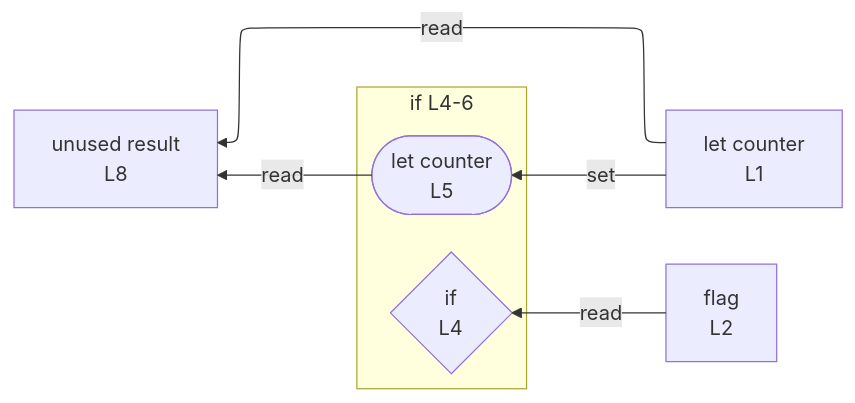
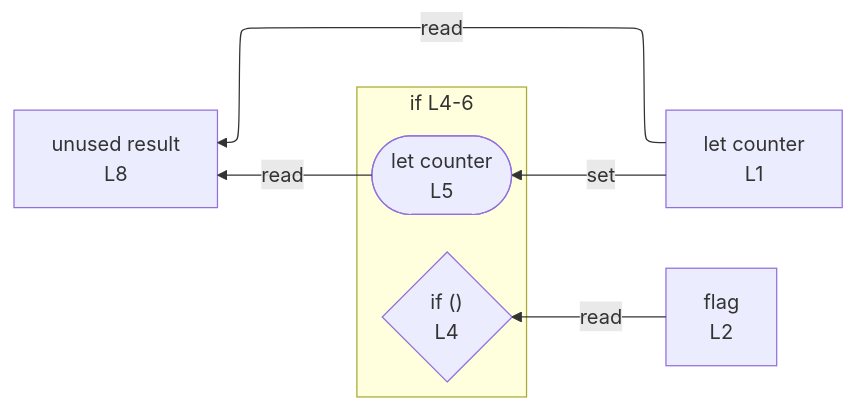
One commit to crescware/unsnarl changed the diagram in integration/fixtures/control-if-only/preview.md. Above: the diagram before and after it, drawn with Mermaid. The commit also changed 20 other files, not shown here.

First line of the commit message:
Format loop / if test anchors as `if ()` / `while ()` / etc. in Mermaid

````diff
--- a/integration/fixtures/control-if-only/preview.md
+++ b/integration/fixtures/control-if-only/preview.md
@@ -18,16 +18,16 @@
 ```mermaid
 %%{init: {"flowchart": {"defaultRenderer": "elk"}}}%%
 flowchart RL
   n_scope_0_counter_4["let counter<br/>L1"]
   n_scope_0_flag_23["flag<br/>L2"]
   n_scope_0_result_73["unused result<br/>L8"]
   subgraph s_scope_1["if L4-6"]
     direction RL
-    if_test_scope_0_37{"if<br/>L4"}
+    if_test_scope_0_37{"if ()<br/>L4"}
     wr_ref_1(["let counter<br/>L5"])
   end
   n_scope_0_counter_4 -->|set| wr_ref_1
   n_scope_0_flag_23 -->|read| if_test_scope_0_37
   wr_ref_1 -->|read| n_scope_0_result_73
   n_scope_0_counter_4 -->|read| n_scope_0_result_73
 ```
````
